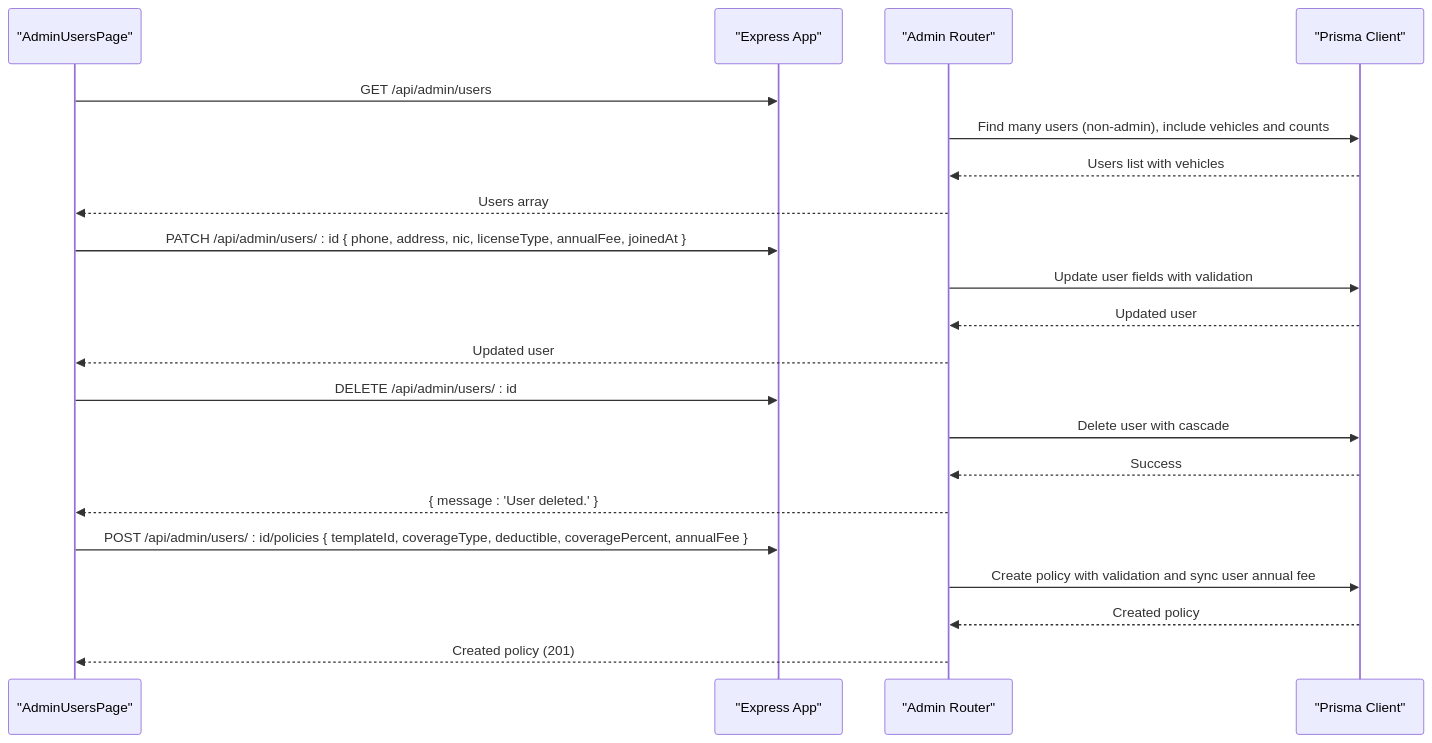
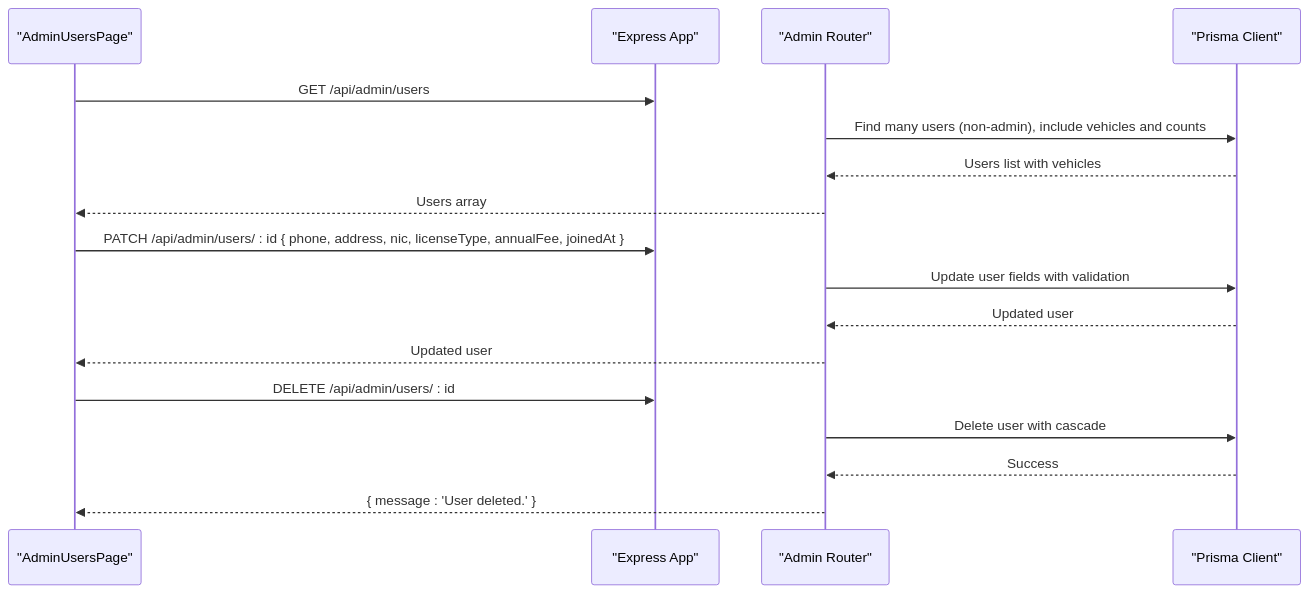
The fifth of 12 diagrams in .qoder/repowiki/en/content/Backend Documentation/API Endpoints Reference/Administrative Endpoints.md (NaveenHiranya/Smart-Vehicle-Insurance-Claim-System), drawn with Mermaid before and after one commit. The commit also changed other lines of this file and 21 other files, not shown here.

````diff
--- a/.qoder/repowiki/en/content/Backend Documentation/API Endpoints Reference/Administrative Endpoints.md
+++ b/.qoder/repowiki/en/content/Backend Documentation/API Endpoints Reference/Administrative Endpoints.md
@@ -233,23 +231,19 @@
 ```mermaid
 sequenceDiagram
 participant FE as "AdminUsersPage"
 participant API as "Express App"
 participant AR as "Admin Router"
 participant DB as "Prisma Client"
 FE->>API : GET /api/admin/users
 AR->>DB : Find many users (non-admin), include vehicles and counts
 DB-->>AR : Users list with vehicles
 AR-->>FE : Users array
 FE->>API : PATCH /api/admin/users/ : id { phone, address, nic, licenseType, annualFee, joinedAt }
 AR->>DB : Update user fields with validation
 DB-->>AR : Updated user
 AR-->>FE : Updated user
 FE->>API : DELETE /api/admin/users/ : id
 AR->>DB : Delete user with cascade
 DB-->>AR : Success
 AR-->>FE : { message : 'User deleted.' }
-FE->>API : POST /api/admin/users/ : id/policies { templateId, coverageType, deductible, coveragePercent, annualFee }
-AR->>DB : Create policy with validation and sync user annual fee
-DB-->>AR : Created policy
-AR-->>FE : Created policy (201)
 ```
````
